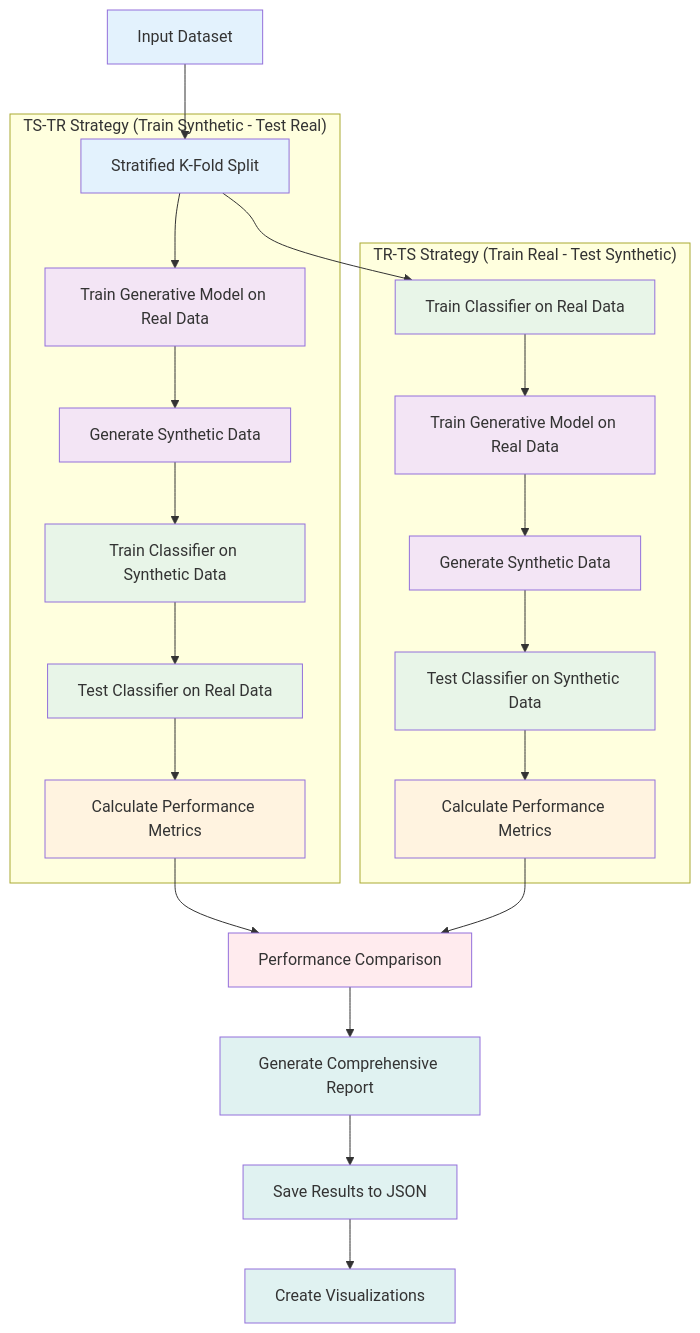
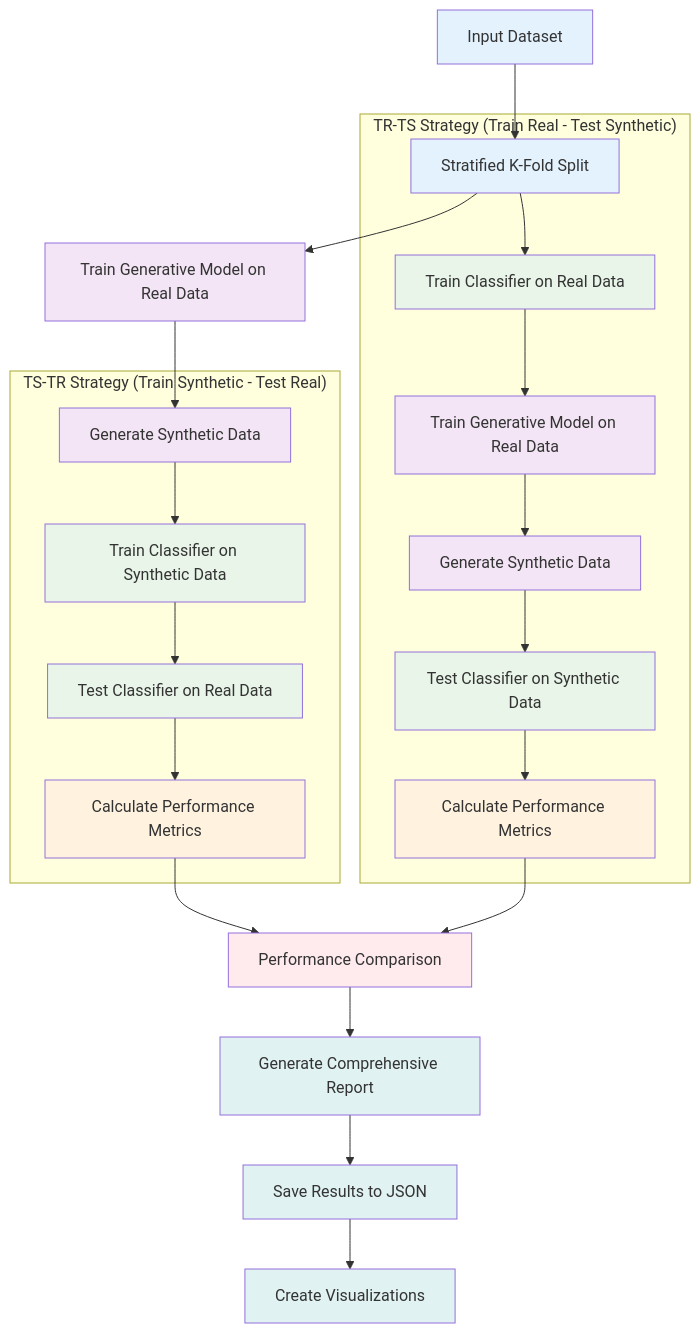
The diagram in Docs/Diagrams/03_evaluation_strategy.md (kayua/SynDataGen), drawn with Mermaid before and after one commit.

````diff
--- a/Docs/Diagrams/03_evaluation_strategy.md
+++ b/Docs/Diagrams/03_evaluation_strategy.md
@@ -5,43 +5,42 @@
 ```mermaid
 flowchart TD
     A[Input Dataset] --> B[Stratified K-Fold Split]
-    
-    subgraph "TS-TR Strategy (Train Synthetic - Test Real)"
         B --> C1[Train Generative Model on Real Data]
         C1 --> D1[Generate Synthetic Data]
+    subgraph "TS-TR Strategy (Train Synthetic - Test Real)"
         D1 --> E1[Train Classifier on Synthetic Data]
         E1 --> F1[Test Classifier on Real Data]
         F1 --> G1[Calculate Performance Metrics]
     end
     
     subgraph "TR-TS Strategy (Train Real - Test Synthetic)"
         B --> C2[Train Classifier on Real Data]
         C2 --> D2[Train Generative Model on Real Data]
         D2 --> E2[Generate Synthetic Data]
         E2 --> F2[Test Classifier on Synthetic Data]
         F2 --> G2[Calculate Performance Metrics]
     end
     
     G1 --> H[Performance Comparison]
     G2 --> H
     H --> I[Generate Comprehensive Report]
     I --> J[Save Results to JSON]
     J --> K[Create Visualizations]
     
     style A fill:#e3f2fd
     style B fill:#e3f2fd
     style C1 fill:#f3e5f5
     style D1 fill:#f3e5f5
     style E1 fill:#e8f5e8
     style F1 fill:#e8f5e8
     style G1 fill:#fff3e0
     style C2 fill:#e8f5e8
     style D2 fill:#f3e5f5
     style E2 fill:#f3e5f5
     style F2 fill:#e8f5e8
     style G2 fill:#fff3e0
     style H fill:#ffebee
     style I fill:#e0f2f1
     style J fill:#e0f2f1
     style K fill:#e0f2f1
 ```
````
